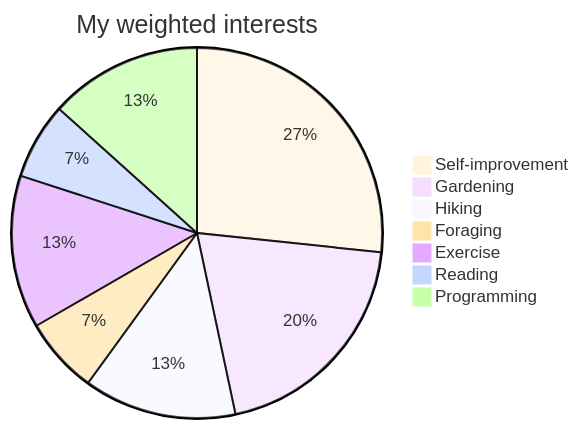
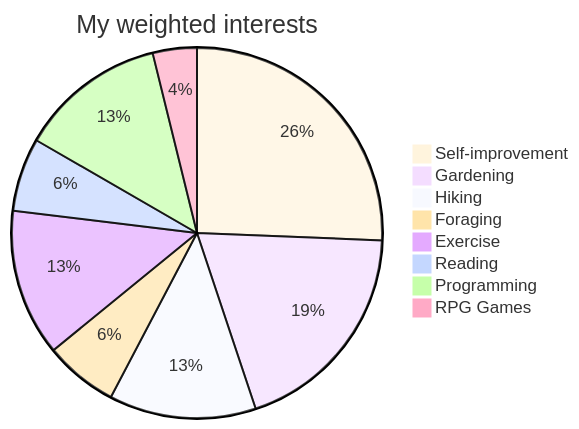
One commit to greysch/greysch.github.io changed the diagram in README.md. Above: the diagram before and after it, drawn with Mermaid. The commit also changed other lines of this file, not shown here.

Commit message:
Update About Me and pie chart.md

````diff
--- a/README.md
+++ b/README.md
@@ -24,11 +24,12 @@
 ```mermaid
 %%{init: {'theme':'base'}}%%
 pie title My weighted interests
 "Self-improvement" : 40
 "Gardening" : 30
 "Hiking" : 20
 "Foraging" : 10
 "Exercise" : 20
 "Reading" : 10
 "Programming" : 20
+"RPG Games" : 6
 ```
````
